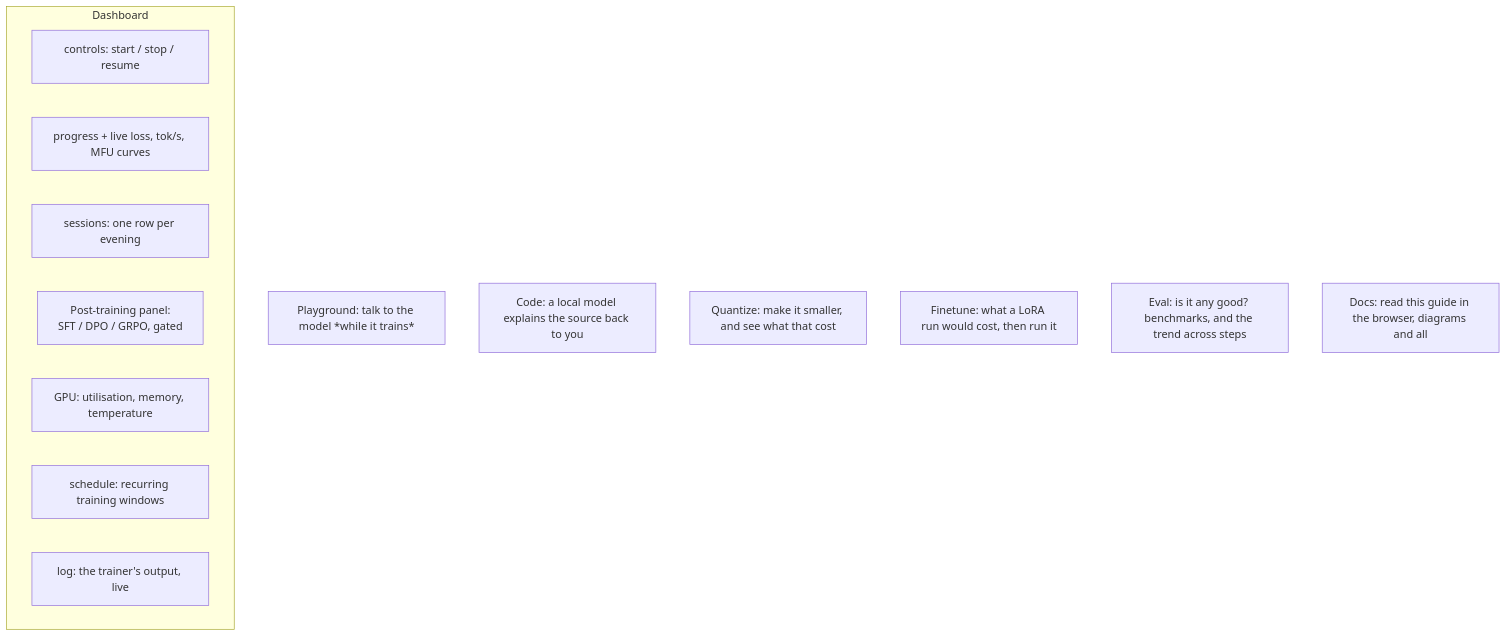
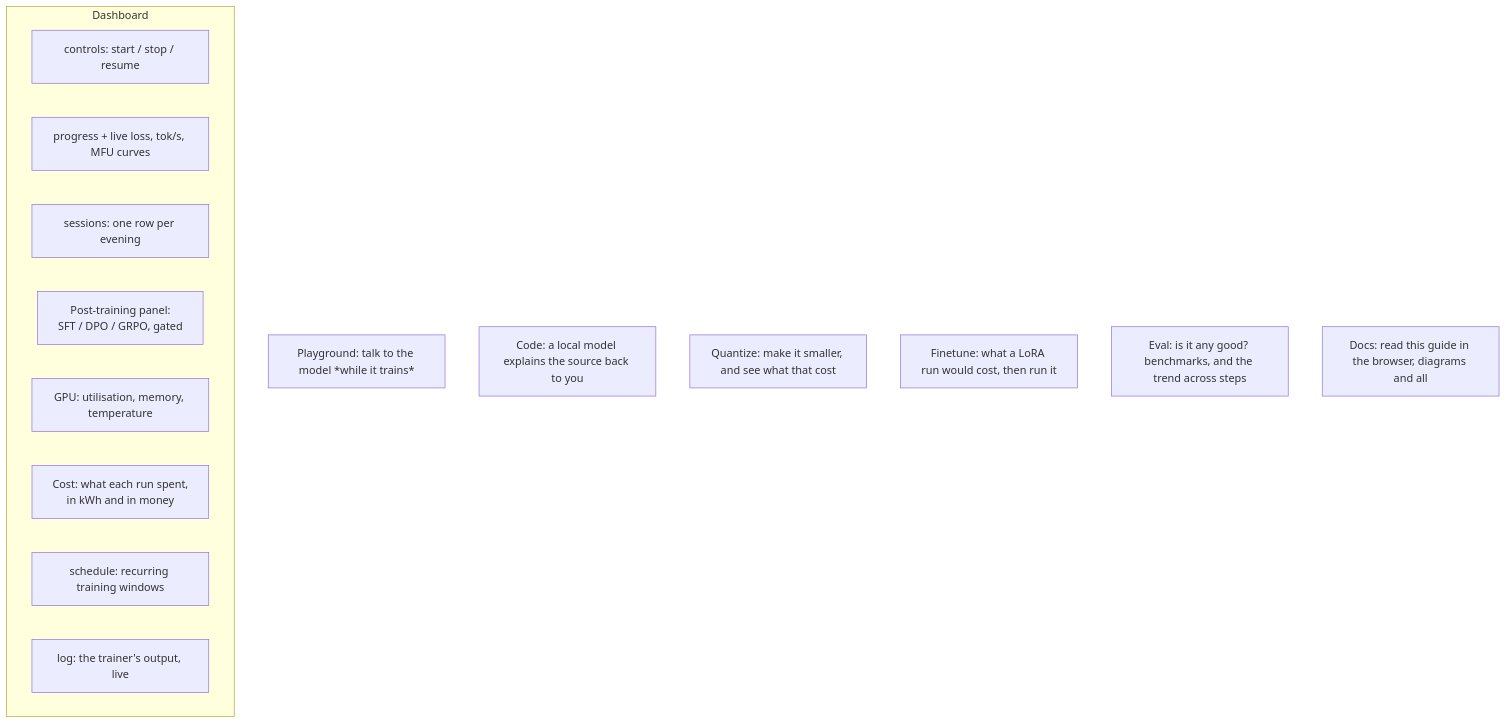
Before and after one commit to kunwarmahen/aksharallm: the fourth of 6 diagrams in docs/09-running-and-watching.md, drawn with Mermaid. The commit also changed other lines of this file and 11 other files, not shown here.

````diff
--- a/docs/09-running-and-watching.md
+++ b/docs/09-running-and-watching.md
@@ -134,18 +134,19 @@
 ```mermaid
 flowchart TD
     subgraph Dashboard
         C[controls: start / stop / resume]
         PR[progress + live loss, tok/s, MFU curves]
         SE[sessions: one row per evening]
         PT["Post-training panel:<br/>SFT / DPO / GRPO, gated"]
         GP[GPU: utilisation, memory, temperature]
+        CO["Cost: what each run spent,<br/>in kWh and in money"]
         SC[schedule: recurring training windows]
         LG[log: the trainer's output, live]
     end
     Play[Playground: talk to the model *while it trains*]
     Code[Code: a local model explains the source back to you]
     Quant[Quantize: make it smaller, and see what that cost]
     Tune["Finetune: what a LoRA run would cost, then run it"]
     Eval["Eval: is it any good? benchmarks, and the trend across steps"]
     Docs[Docs: read this guide in the browser, diagrams and all]
 ```
````
